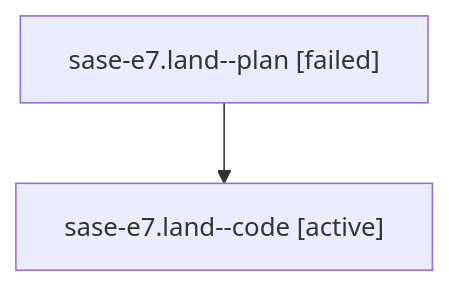
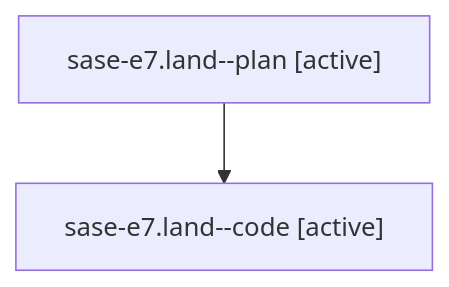
The diagram in families/bbugyi200.athena.sase-e7.land.md (sase-org/sase--agents), drawn with Mermaid before and after one commit. The commit also changed other lines of this file and 5813 other files, not shown here.

````diff
--- a/families/bbugyi200.athena.sase-e7.land.md
+++ b/families/bbugyi200.athena.sase-e7.land.md
@@ -9,6 +9,6 @@
 ```mermaid
 flowchart TD
-  n0["sase-e7.land--plan [failed]"]
+  n0["sase-e7.land--plan [active]"]
   n1["sase-e7.land--code [active]"]
   n0 --> n1
 ```
````
